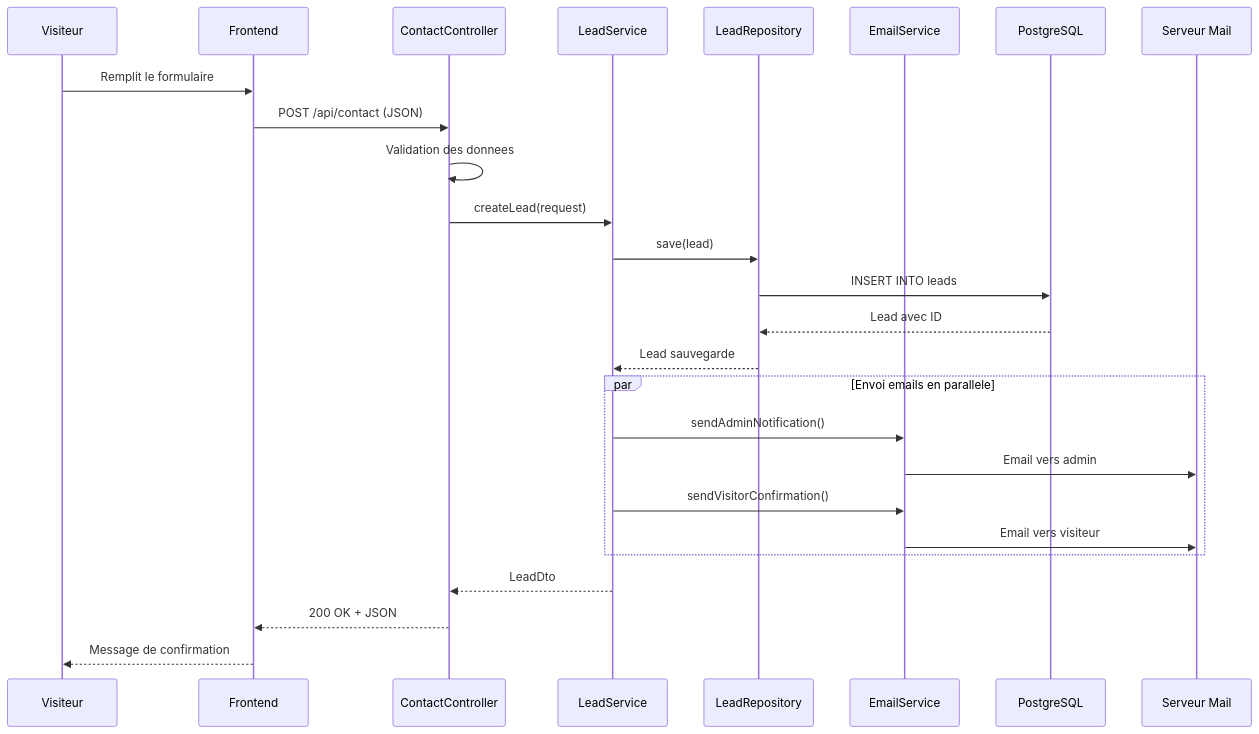
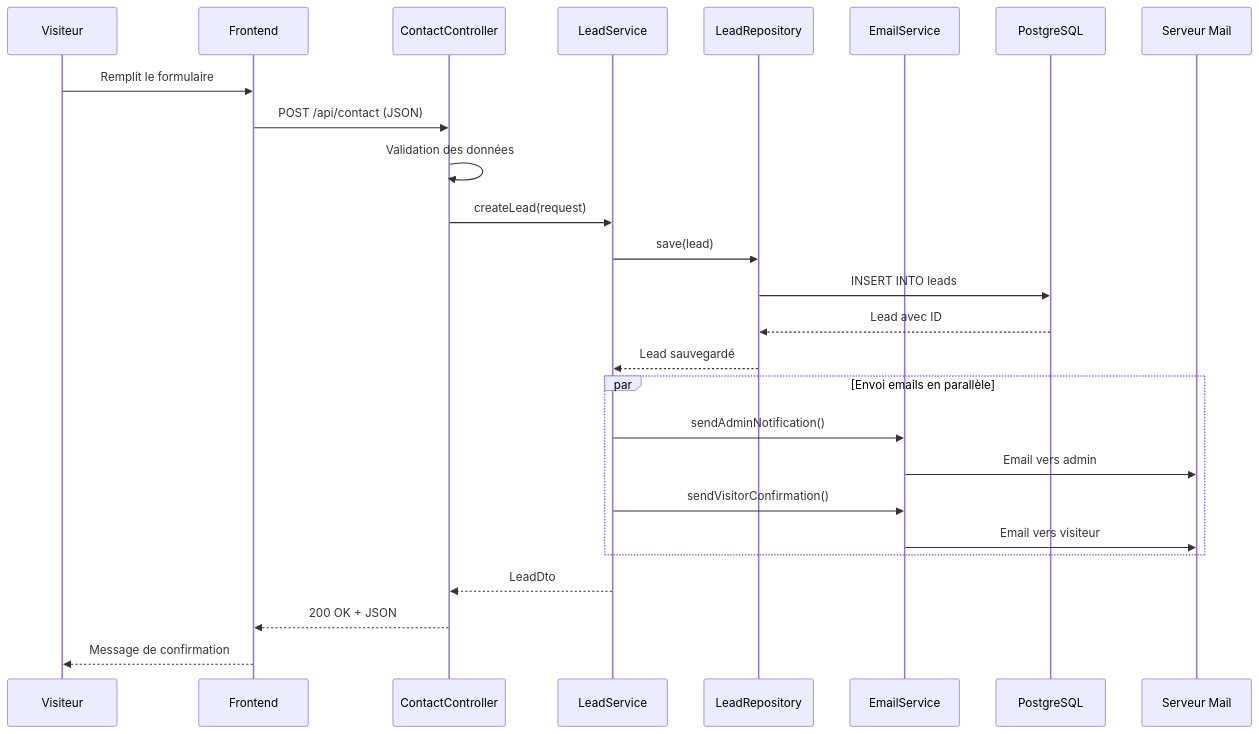
The fifth of 7 diagrams in cours/01-presentation-projet.md (hrhouma1/inskillflow-docs-formation-spring-boot-projet-e-contact-backend), drawn with Mermaid before and after one commit. The commit also changed other lines of this file, not shown here.

````diff
--- a/cours/01-presentation-projet.md
+++ b/cours/01-presentation-projet.md
@@ -260,31 +260,31 @@
 ```mermaid
 sequenceDiagram
     participant V as Visiteur
     participant F as Frontend
     participant C as ContactController
     participant S as LeadService
     participant R as LeadRepository
     participant E as EmailService
     participant DB as PostgreSQL
     participant SMTP as Serveur Mail
 
     V->>F: Remplit le formulaire
     F->>C: POST /api/contact (JSON)
-    C->>C: Validation des donnees
+    C->>C: Validation des données
     C->>S: createLead(request)
     S->>R: save(lead)
     R->>DB: INSERT INTO leads
     DB-->>R: Lead avec ID
-    R-->>S: Lead sauvegarde
+    R-->>S: Lead sauvegardé
     
-    par Envoi emails en parallele
+    par Envoi emails en parallèle
         S->>E: sendAdminNotification()
         E->>SMTP: Email vers admin
         S->>E: sendVisitorConfirmation()
         E->>SMTP: Email vers visiteur
     end
     
     S-->>C: LeadDto
     C-->>F: 200 OK + JSON
     F-->>V: Message de confirmation
 ```
````
